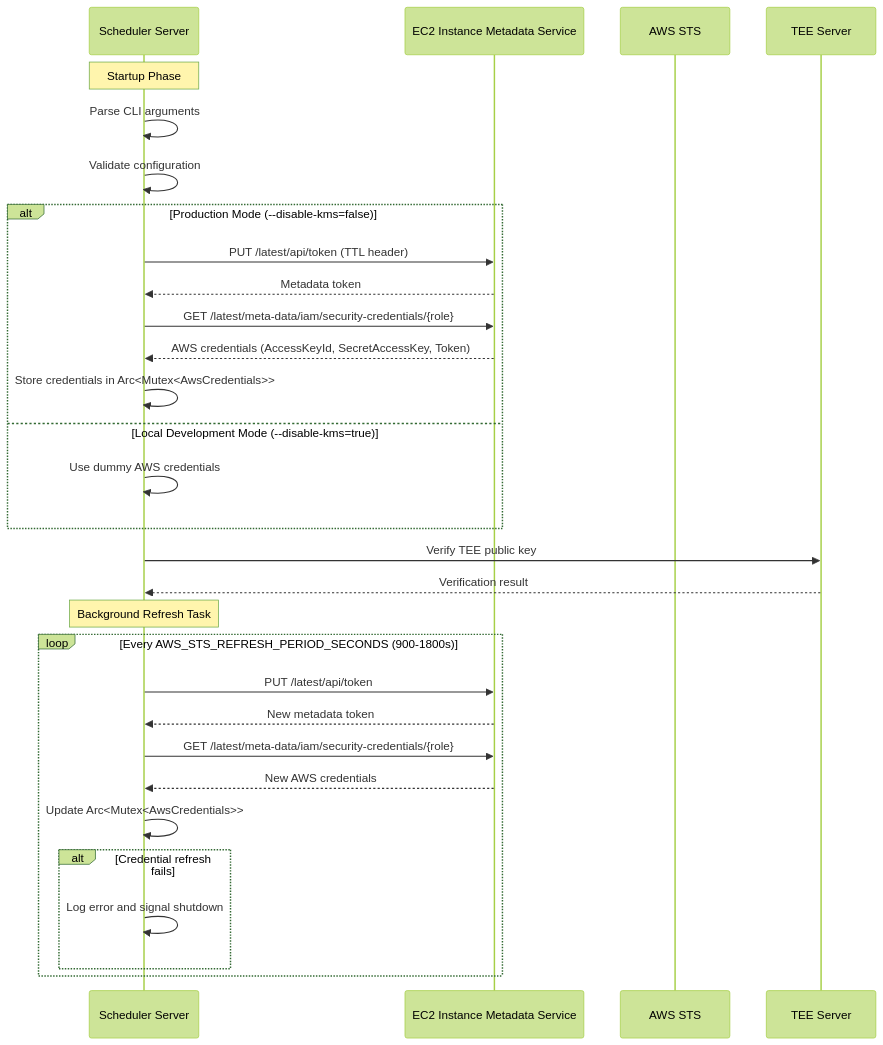
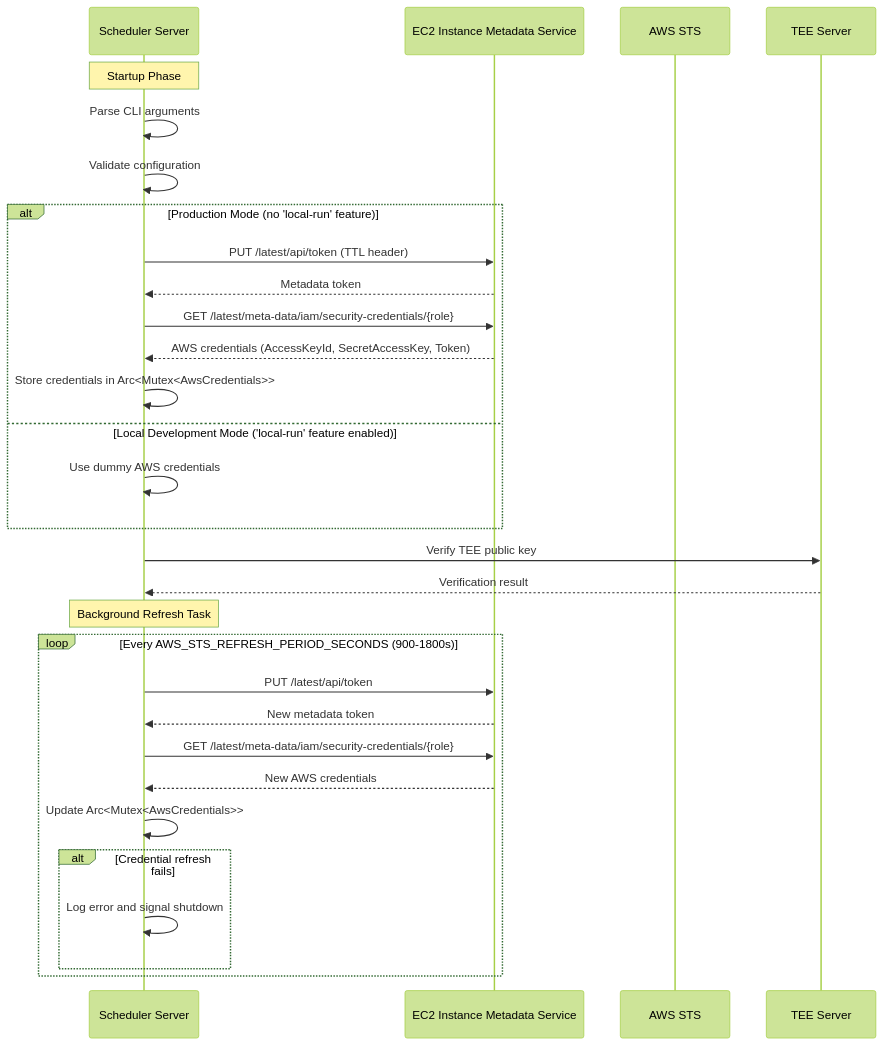
Before and after one commit to Cardinal-Cryptography/blanksquare-monorepo: the diagram in crates/shielder-scheduler-server/docs/aws-credentials-flow.md, drawn with Mermaid (forest theme). The commit also changed 19 other files, not shown here.

````diff
--- a/crates/shielder-scheduler-server/docs/aws-credentials-flow.md
+++ b/crates/shielder-scheduler-server/docs/aws-credentials-flow.md
@@ -7,37 +7,37 @@
 ```mermaid
 sequenceDiagram
     participant App as Scheduler Server
     participant IMDS as EC2 Instance Metadata Service
     participant AWS as AWS STS
     participant TEE as TEE Server
 
     Note over App: Startup Phase
     App->>App: Parse CLI arguments
     App->>App: Validate configuration
     
-    alt Production Mode (--disable-kms=false)
+    alt Production Mode (no 'local-run' feature)
         App->>IMDS: PUT /latest/api/token (TTL header)
         IMDS-->>App: Metadata token
         App->>IMDS: GET /latest/meta-data/iam/security-credentials/{role}
         IMDS-->>App: AWS credentials (AccessKeyId, SecretAccessKey, Token)
         App->>App: Store credentials in Arc<Mutex<AwsCredentials>>
-    else Local Development Mode (--disable-kms=true)
+    else Local Development Mode ('local-run' feature enabled)
         App->>App: Use dummy AWS credentials
     end
 
     App->>TEE: Verify TEE public key
     TEE-->>App: Verification result
     
     Note over App: Background Refresh Task
     loop Every AWS_STS_REFRESH_PERIOD_SECONDS (900-1800s)
         App->>IMDS: PUT /latest/api/token
         IMDS-->>App: New metadata token
         App->>IMDS: GET /latest/meta-data/iam/security-credentials/{role}
         IMDS-->>App: New AWS credentials
         App->>App: Update Arc<Mutex<AwsCredentials>>
         
         alt Credential refresh fails
             App->>App: Log error and signal shutdown
         end
     end
 ```
````
